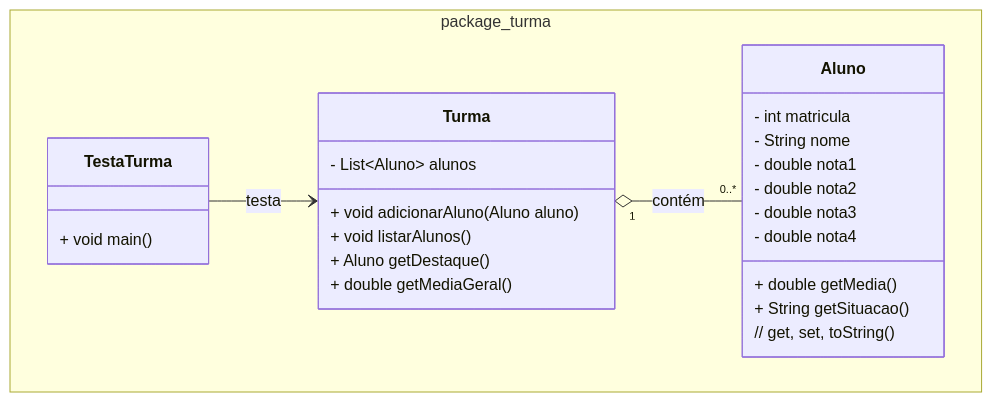
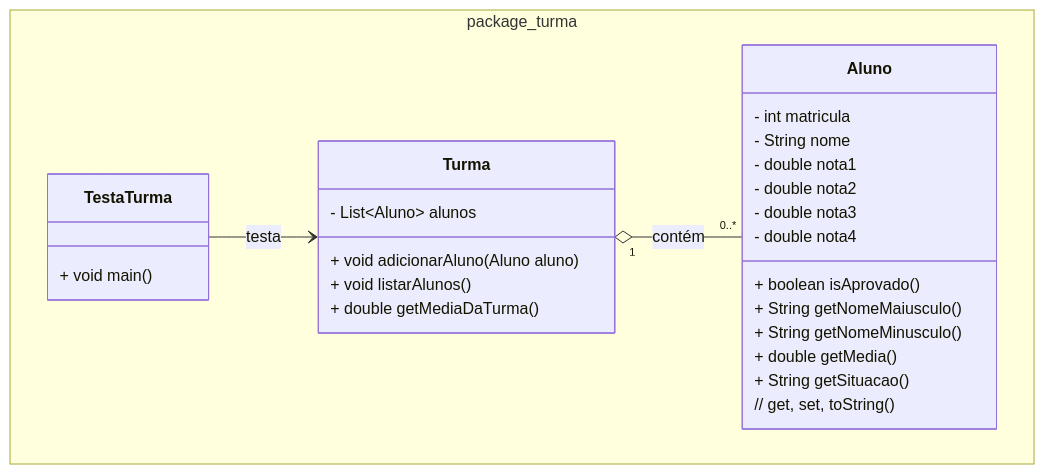
One commit to ap3ufersa/ap3_2026.1_xicoArruda changed the second of 2 diagrams in unidade1/aula3_melhorada.md. Above: the diagram before and after it, drawn with Mermaid. The commit also changed other lines of this file and 1 other file, not shown here.

First line of the commit message:
Refine unidade1 exercises and diagrams

````diff
--- a/unidade1/aula3_melhorada.md
+++ b/unidade1/aula3_melhorada.md
@@ -52,30 +51,32 @@
 ```mermaid
 classDiagram
     namespace package_turma {
         class Aluno {
             - int matricula
             - String nome
             - double nota1
             - double nota2
             - double nota3
             - double nota4
+            + boolean isAprovado()
+            + String getNomeMaiusculo()
+            + String getNomeMinusculo()
             + double getMedia()
             + String getSituacao()
             // get, set, toString()
         }
 
         class Turma {
             - List~Aluno~ alunos
             + void adicionarAluno(Aluno aluno)
             + void listarAlunos()
-            + Aluno getDestaque()
-            + double getMediaGeral()
+            + double getMediaDaTurma()
         }
 
         class TestaTurma {
             + void main()
         }
     }
     Turma "1" o-- "0..*" Aluno : contém
     TestaTurma --> Turma : testa
 ```
````
